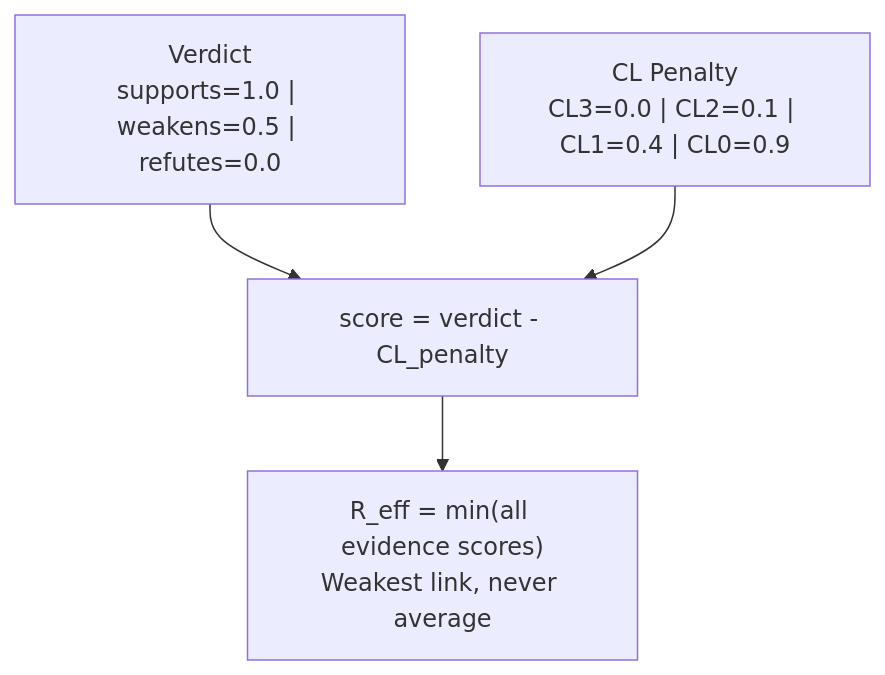
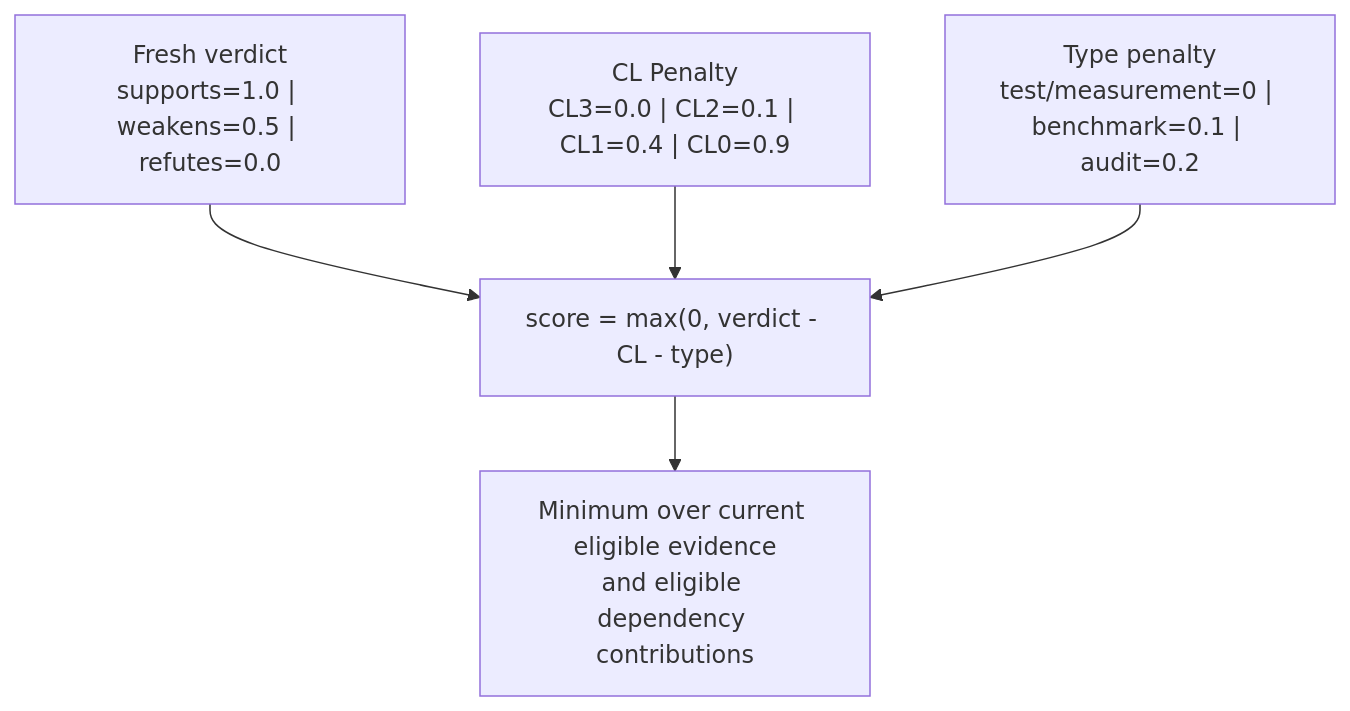
Before and after one commit to ForgePlan/forgeplan: the diagram in website/src/content/docs/docs/methodology/evidence.md, drawn with Mermaid. The commit also changed other lines of this file and 898 other files, not shown here.

````diff
--- a/website/src/content/docs/docs/methodology/evidence.md
+++ b/website/src/content/docs/docs/methodology/evidence.md
@@ -28,6 +32,7 @@
 ```mermaid
 flowchart TD
-  V["Verdict\nsupports=1.0 | weakens=0.5 | refutes=0.0"] --> S["score = verdict - CL_penalty"]
+  V["Fresh verdict\nsupports=1.0 | weakens=0.5 | refutes=0.0"] --> S["score = max(0, verdict - CL - type)"]
   CL["CL Penalty\nCL3=0.0 | CL2=0.1 | CL1=0.4 | CL0=0.9"] --> S
-  S --> R["R_eff = min(all evidence scores)\nWeakest link, never average"]
+  T["Type penalty\ntest/measurement=0 | benchmark=0.1 | audit=0.2"] --> S
+  S --> R["Minimum over current eligible evidence\nand eligible dependency contributions"]
 ```
````
